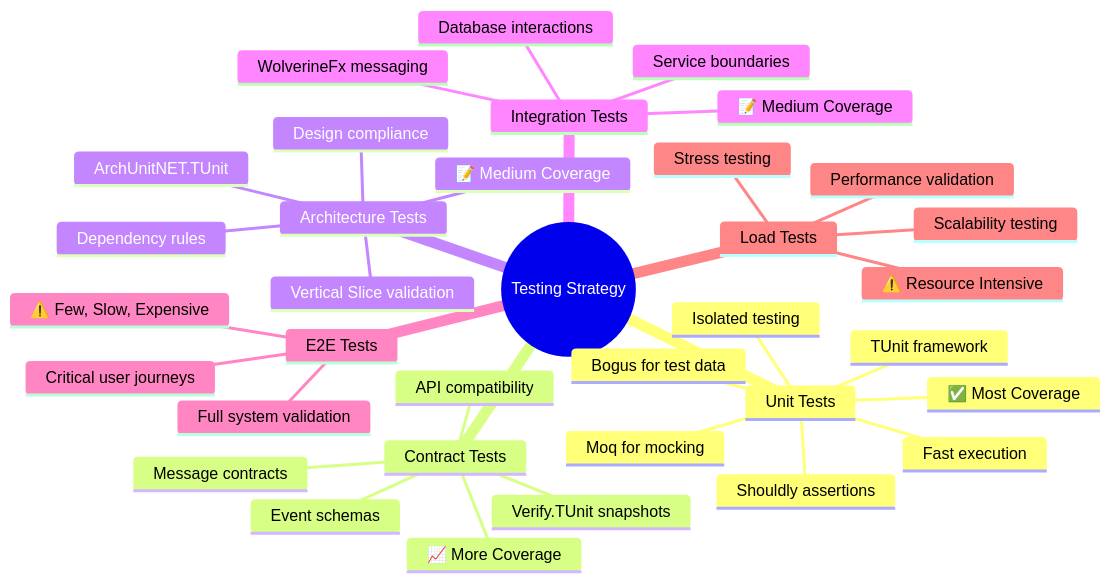
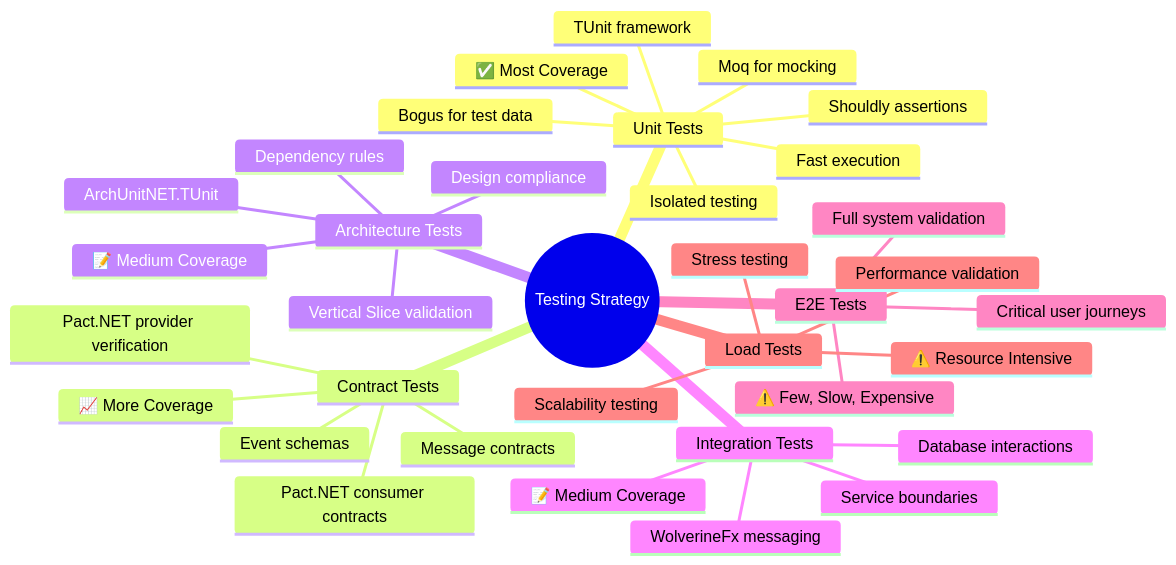
The third of 3 diagrams in docs/docusaurus/docs/04-solution-strategy.mdx (foxminchan/BookWorm), drawn with Mermaid before and after one commit. The commit also changed other lines of this file and 217 other files, not shown here.

````diff
--- a/docs/docusaurus/docs/04-solution-strategy.mdx
+++ b/docs/docusaurus/docs/04-solution-strategy.mdx
@@ -311,38 +311,38 @@
 ```mermaid
 mindmap
     root((Testing Strategy))
         Unit Tests
             TUnit framework
             Moq for mocking
             Bogus for test data
             Shouldly assertions
             Fast execution
             Isolated testing
             ✅ Most Coverage
         Contract Tests
-            Verify.TUnit snapshots
-            API compatibility
+            Pact.NET consumer contracts
+            Pact.NET provider verification
             Event schemas
             Message contracts
             📈 More Coverage
         Architecture Tests
             ArchUnitNET.TUnit
             Design compliance
             Dependency rules
             Vertical Slice validation
             📝 Medium Coverage
         Integration Tests
             Service boundaries
             Database interactions
             WolverineFx messaging
             📝 Medium Coverage
         E2E Tests
             Critical user journeys
             Full system validation
             ⚠️ Few, Slow, Expensive
         Load Tests
             Performance validation
             Scalability testing
             Stress testing
             ⚠️ Resource Intensive
 ```
````
